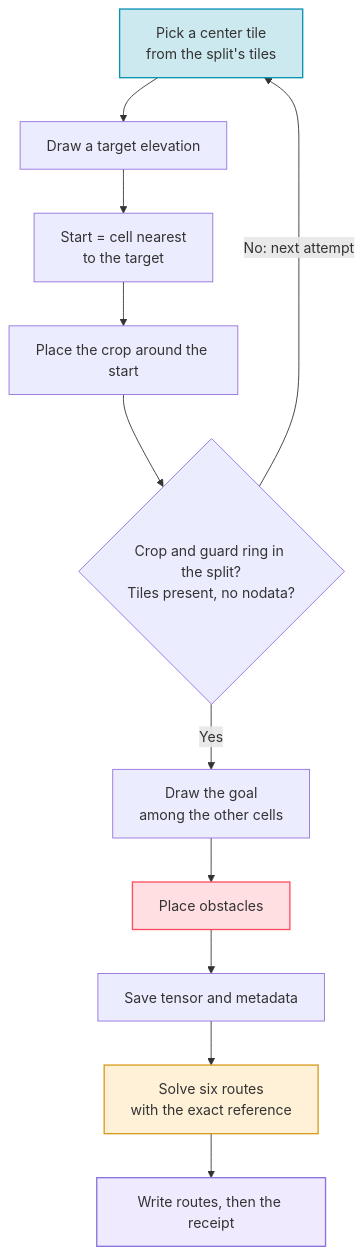
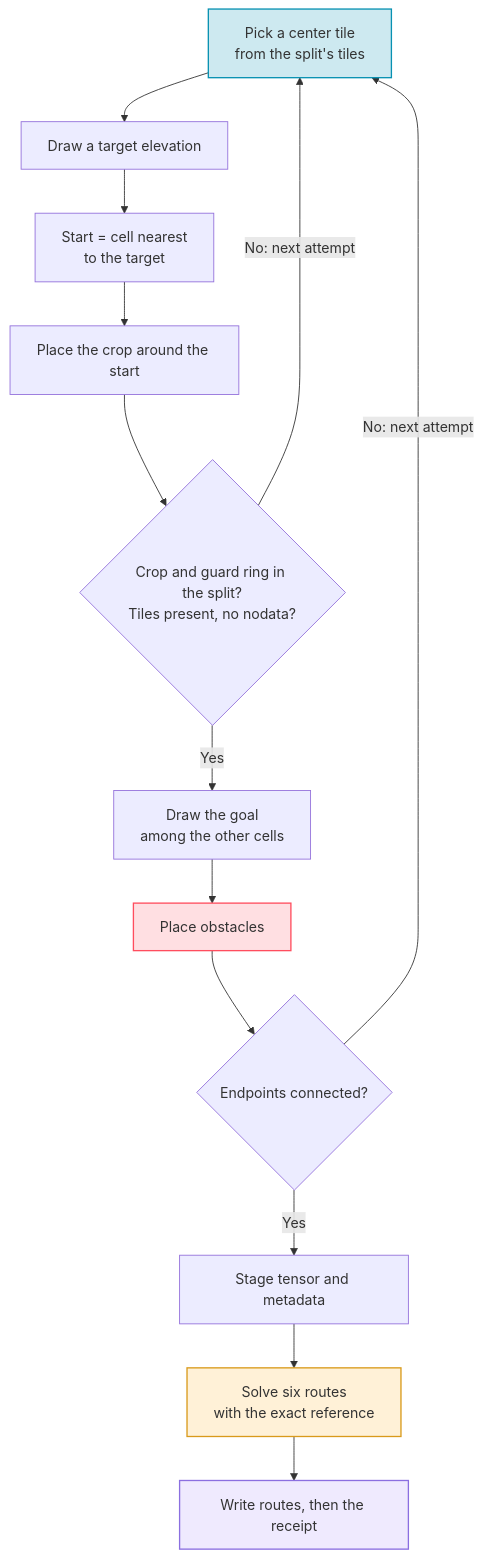
One commit to ThalesGroup/passage changed the diagram in docs/guide/generate.md. Above: the diagram before and after it, drawn with Mermaid. The commit also changed other lines of this file and 54 other files, not shown here.

````diff
--- a/docs/guide/generate.md
+++ b/docs/guide/generate.md
@@ -77,18 +81,20 @@
 ```mermaid
 flowchart TD
     A[Pick a center tile<br>from the split's tiles] --> B[Draw a target elevation]
     B --> C[Start = cell nearest<br>to the target]
     C --> D[Place the crop around the start]
     D --> E{Crop and guard ring in the split?<br>Tiles present, no nodata?}
     E -->|No: next attempt| A
     E -->|Yes| F[Draw the goal<br>among the other cells]
     F --> G[Place obstacles]
-    G --> H[Save tensor and metadata]
+    G --> K{Endpoints connected?}
+    K -->|No: next attempt| A
+    K -->|Yes| H[Stage tensor and metadata]
     H --> I[Solve six routes<br>with the exact reference]
     I --> J[Write routes, then the receipt]
 
     style A fill:#0891b233,stroke:#0891b2,stroke-width:1.5px
     style G fill:#ff4d5e2e,stroke:#ff4d5e,stroke-width:1.5px
     style I fill:#ffb93833,stroke:#d99a1b,stroke-width:1.5px
     style J fill:#a78bfa2e,stroke:#8b6fe0,stroke-width:1.5px
 ```
````
